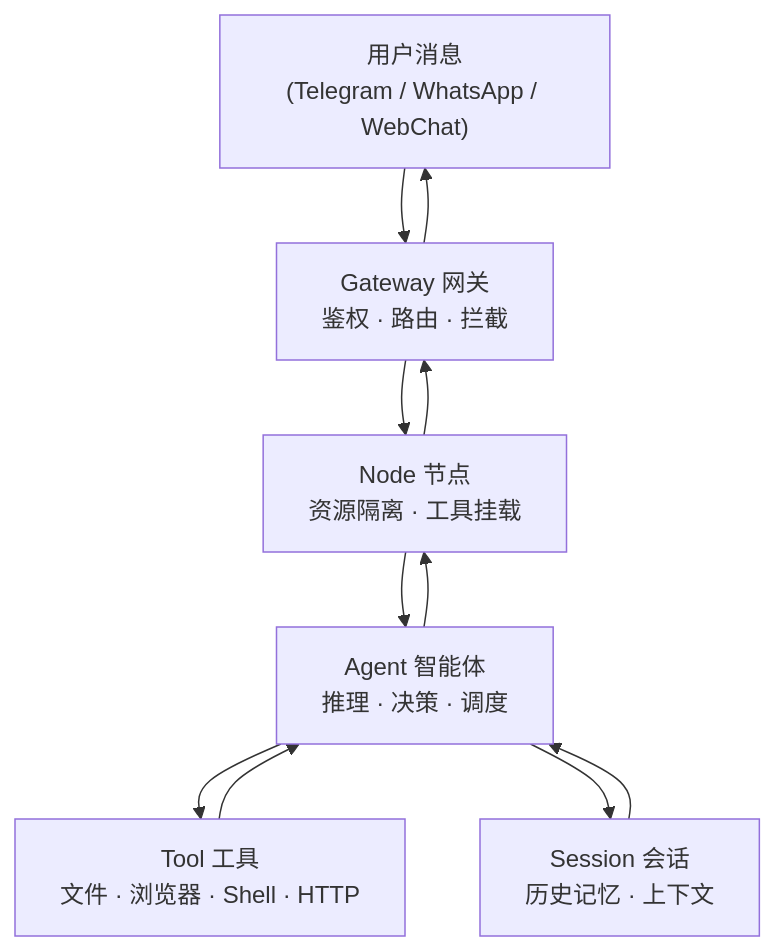
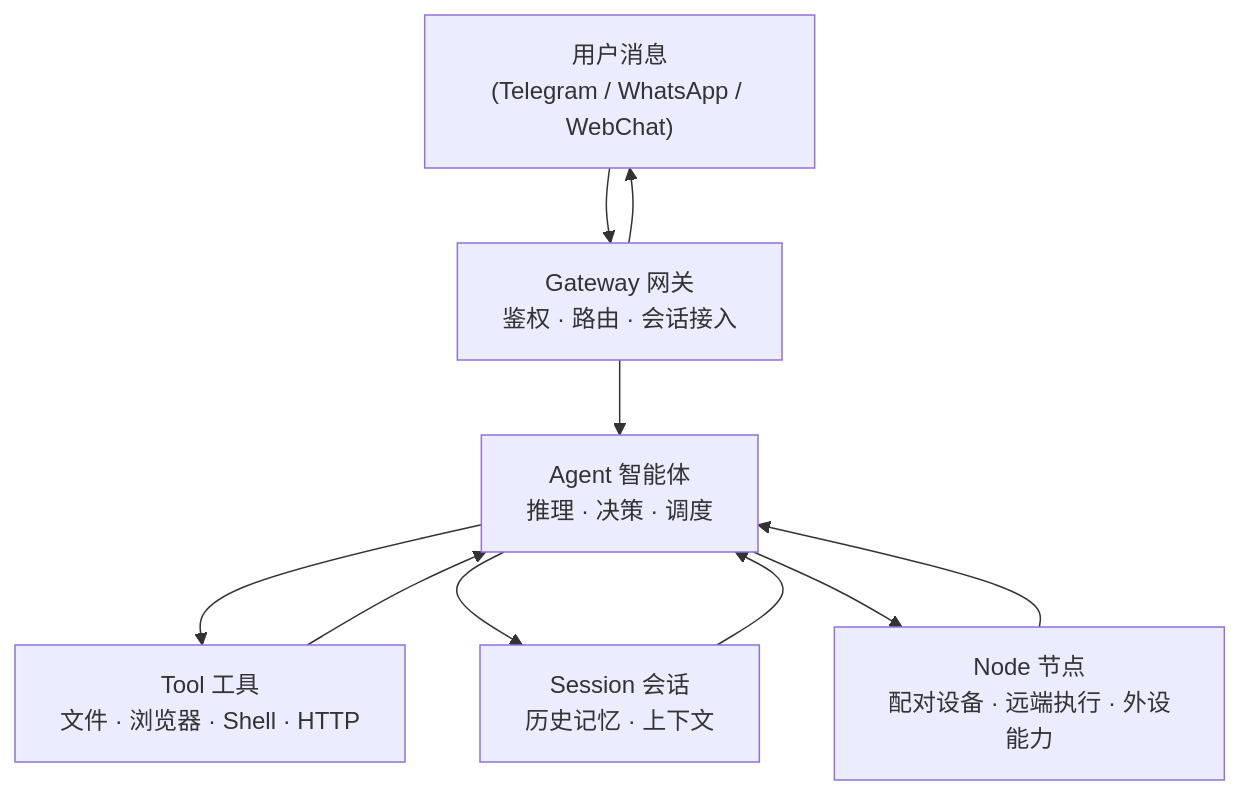
One commit to yeasy/openclaw_guide changed the diagram in 01_overview/1.3_concepts.md. Above: the diagram before and after it, drawn with Mermaid. The commit also changed other lines of this file and 23 other files, not shown here.

````diff
--- a/01_overview/1.3_concepts.md
+++ b/01_overview/1.3_concepts.md
@@ -5,15 +5,15 @@
 ```mermaid
 graph TD
     User["用户消息<br/>(Telegram / WhatsApp / WebChat)"] --> Gateway
-    Gateway["Gateway 网关<br/>鉴权 · 路由 · 拦截"] --> Node
-    Node["Node 节点<br/>资源隔离 · 工具挂载"] --> Agent
+    Gateway["Gateway 网关<br/>鉴权 · 路由 · 会话接入"] --> Agent
     Agent["Agent 智能体<br/>推理 · 决策 · 调度"] --> Tool
     Agent --> Session
+    Agent --> Node
     Tool["Tool 工具<br/>文件 · 浏览器 · Shell · HTTP"]
     Session["Session 会话<br/>历史记忆 · 上下文"]
+    Node["Node 节点<br/>配对设备 · 远端执行 · 外设能力"]
     Tool --> Agent
     Session --> Agent
-    Agent --> Node
-    Node --> Gateway
+    Node --> Agent
     Gateway --> User
 ```
````
